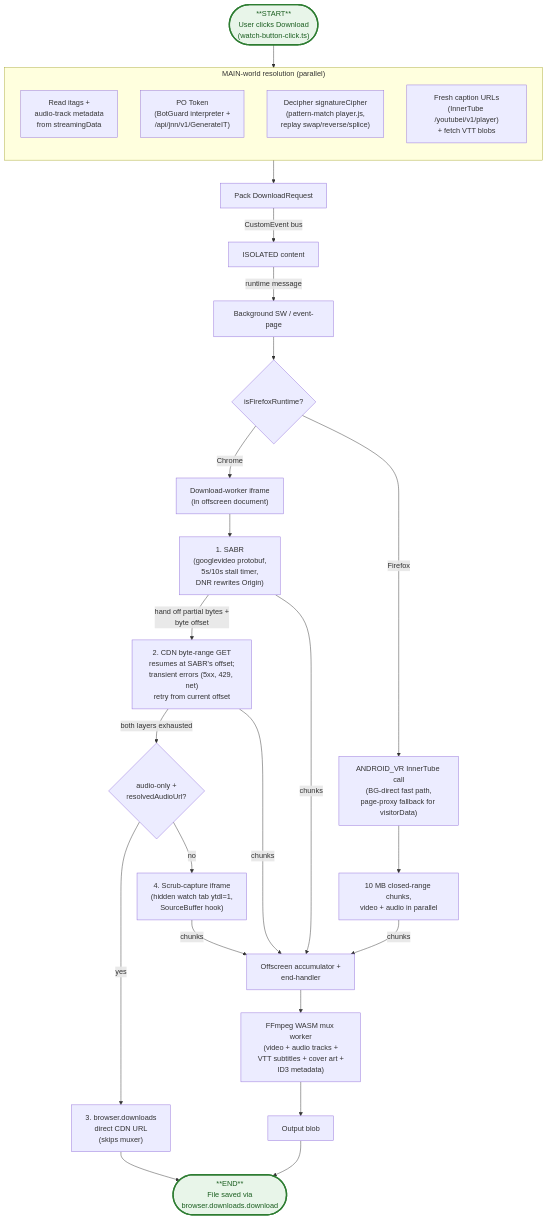
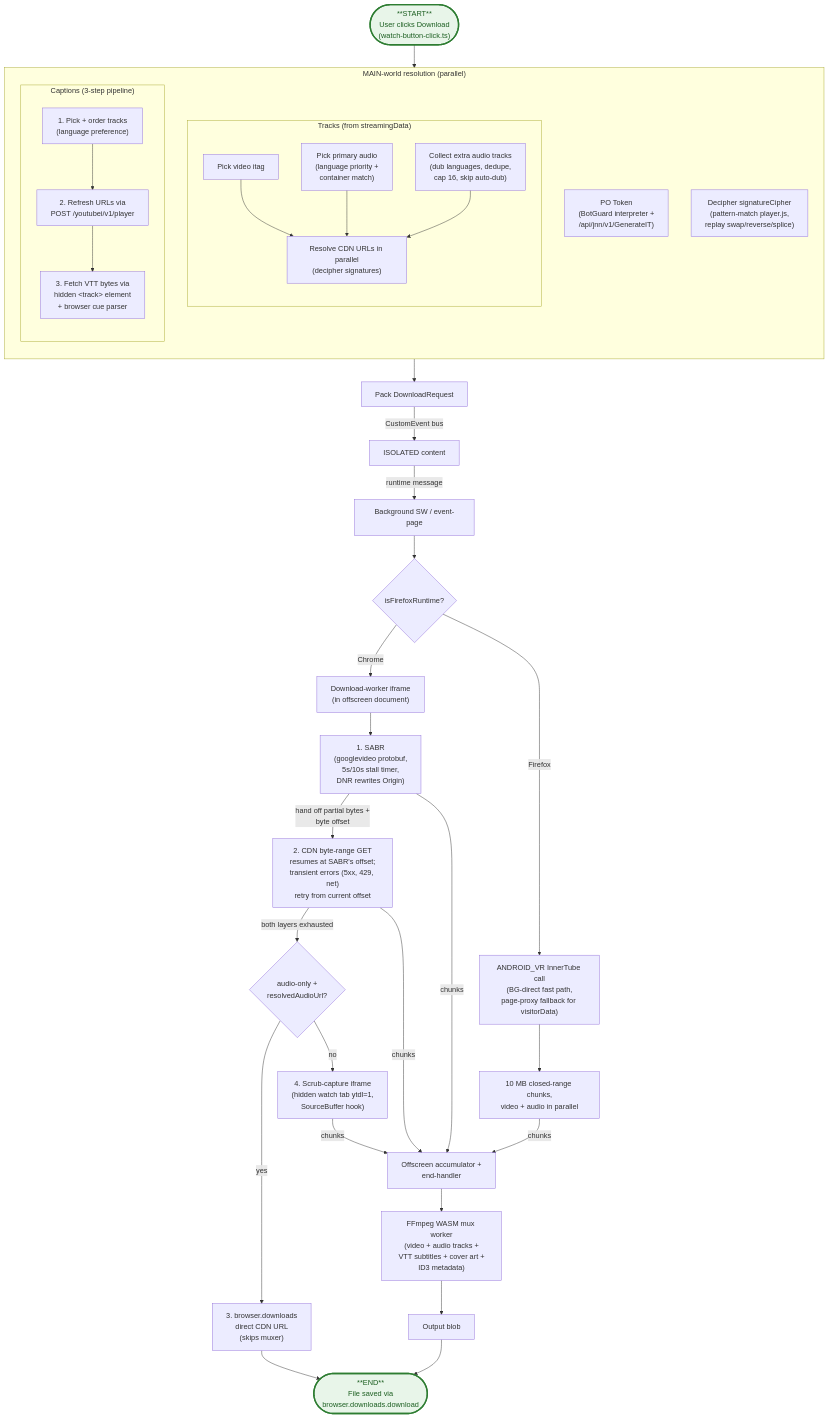
The first of 5 diagrams in ARCHITECTURE.md (avi12/youtube-downloader), drawn with Mermaid before and after one commit. The commit also changed other lines of this file, not shown here.

First line of the commit message:
ARCHITECTURE: detail audio and caption track resolution

````diff
--- a/ARCHITECTURE.md
+++ b/ARCHITECTURE.md
@@ -9,42 +9,57 @@
 ```mermaid
 flowchart TB
     Click(["**START**<br/>User clicks Download<br/>(watch-button-click.ts)"])
 
     subgraph Resolve["MAIN-world resolution (parallel)"]
       direction TB
-      Itags["Read itags +<br/>audio-track metadata<br/>from streamingData"]
       PO["PO Token<br/>(BotGuard interpreter +<br/>/api/jnn/v1/GenerateIT)"]
       Sig["Decipher signatureCipher<br/>(pattern-match player.js,<br/>replay swap/reverse/splice)"]
-      Captions["Fresh caption URLs<br/>(InnerTube /youtubei/v1/player)<br/>+ fetch VTT blobs"]
+      subgraph Tracks["Tracks (from streamingData)"]
+        direction TB
+        Itags["Pick video itag"]
+        Aprimary["Pick primary audio<br/>(language priority +<br/>container match)"]
+        Aextras["Collect extra audio tracks<br/>(dub languages, dedupe,<br/>cap 16, skip auto-dub)"]
+        Aresolve["Resolve CDN URLs in parallel<br/>(decipher signatures)"]
+        Itags --> Aresolve
+        Aprimary --> Aresolve
+        Aextras --> Aresolve
+      end
+      subgraph CaptionsBox["Captions (3-step pipeline)"]
+        direction TB
+        Cpick["1. Pick + order tracks<br/>(language preference)"]
+        Cfresh["2. Refresh URLs via<br/>POST /youtubei/v1/player"]
+        Cvtt["3. Fetch VTT bytes via<br/>hidden &lt;track&gt; element<br/>+ browser cue parser"]
+        Cpick --> Cfresh --> Cvtt
+      end
     end
 
     Click --> Resolve
     Resolve --> Pack["Pack DownloadRequest"]
     Pack -->|"CustomEvent bus"| Iso["ISOLATED content"]
     Iso -->|"runtime message"| SW["Background SW / event-page"]
 
     SW --> Branch{"isFirefoxRuntime?"}
     Branch -->|"Chrome"| Worker["Download-worker iframe<br/>(in offscreen document)"]
     Branch -->|"Firefox"| FF["ANDROID_VR InnerTube call<br/>(BG-direct fast path,<br/>page-proxy fallback for visitorData)"]
 
     Worker --> SABR["1. SABR<br/>(googlevideo protobuf,<br/>5s/10s stall timer,<br/>DNR rewrites Origin)"]
     SABR -->|"hand off partial bytes +<br/>byte offset"| CDN["2. CDN byte-range GET<br/>resumes at SABR's offset;<br/>transient errors (5xx, 429, net)<br/>retry from current offset"]
     CDN -->|"both layers exhausted"| FB{"audio-only +<br/>resolvedAudioUrl?"}
     FB -->|"yes"| Direct["3. browser.downloads<br/>direct CDN URL<br/>(skips muxer)"]
     FB -->|"no"| Scrub["4. Scrub-capture iframe<br/>(hidden watch tab ytdl=1,<br/>SourceBuffer hook)"]
 
     FF --> FFchunk["10 MB closed-range chunks,<br/>video + audio in parallel"]
 
     SABR -->|"chunks"| Acc["Offscreen accumulator +<br/>end-handler"]
     CDN -->|"chunks"| Acc
     Scrub -->|"chunks"| Acc
     FFchunk -->|"chunks"| Acc
 
     Acc --> Mux["FFmpeg WASM mux worker<br/>(video + audio tracks +<br/>VTT subtitles + cover art +<br/>ID3 metadata)"]
     Mux --> Blob["Output blob"]
     Blob --> DL(["**END**<br/>File saved via<br/>browser.downloads.download"])
     Direct --> DL
 
     classDef startEnd fill:#e8f5e9,stroke:#2e7d32,stroke-width:3px,color:#1b5e20
     class Click,DL startEnd
 ```
````
